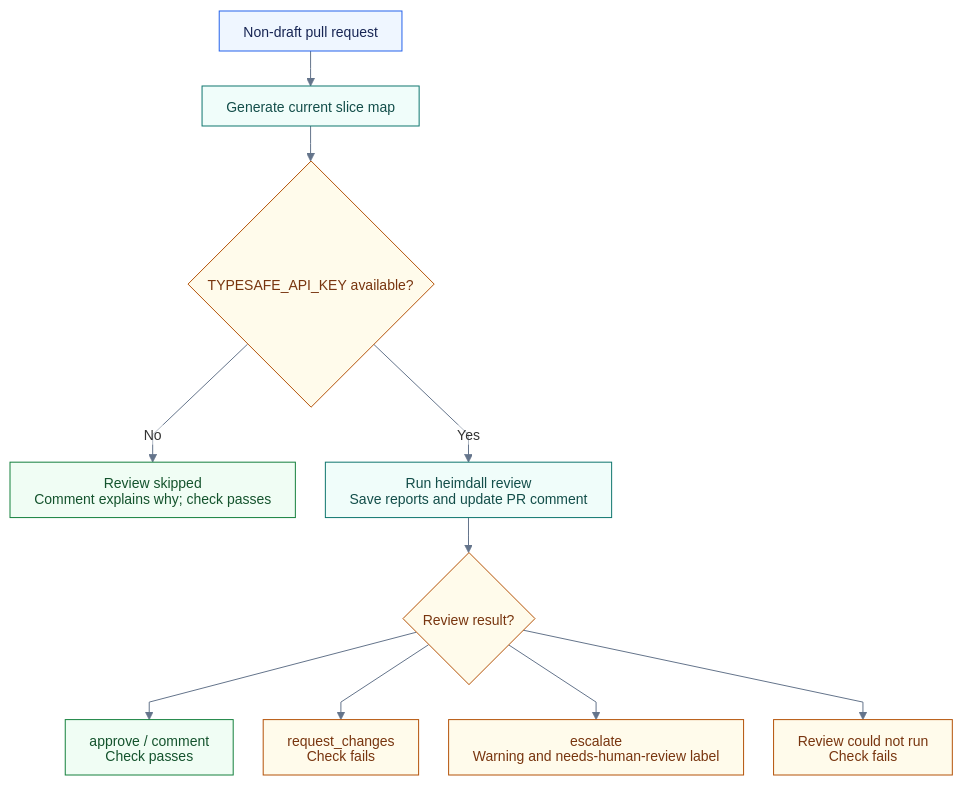
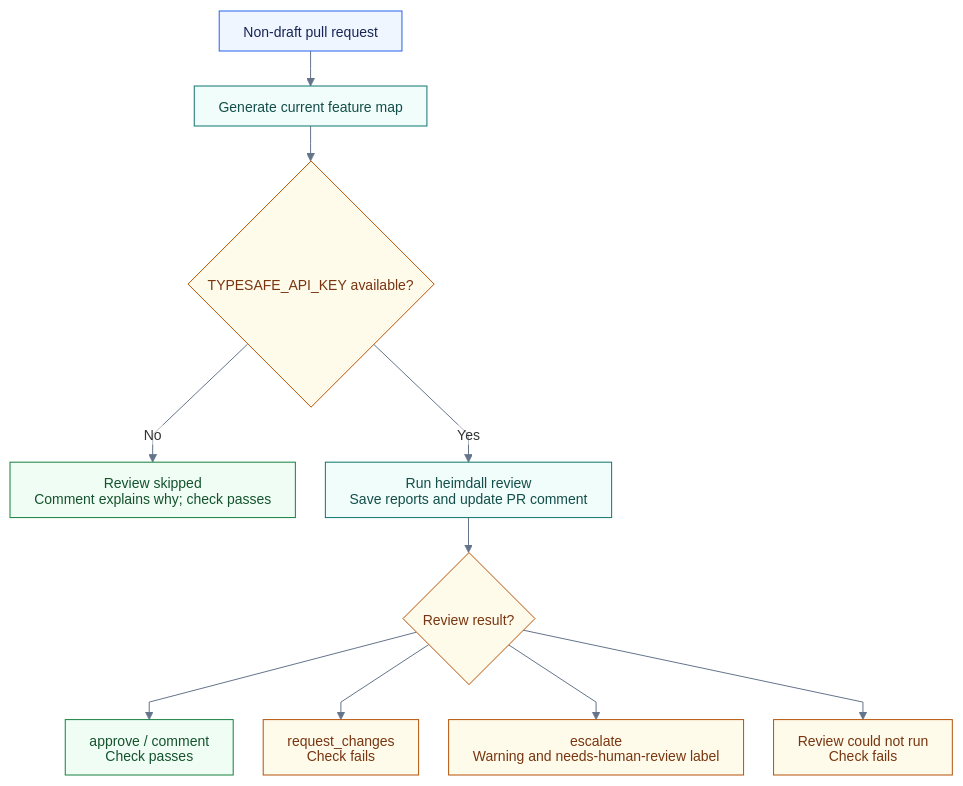
The diagram in docs/diagrams/ci-review.mmd (mrrasmussendk/pfa-api), drawn with Mermaid before and after one commit. The commit also changed 119 other files, not shown here.

```diff
--- a/docs/diagrams/ci-review.mmd
+++ b/docs/diagrams/ci-review.mmd
@@ -1,24 +1,24 @@
 %%{init: {"theme": "base", "themeVariables": {"fontFamily": "Arial, sans-serif", "fontSize": "14px", "lineColor": "#64748b", "edgeLabelBackground": "#ffffff", "clusterBkg": "#f8fafc", "clusterBorder": "#cbd5e1"}, "htmlLabels": false, "flowchart": {"htmlLabels": false, "curve": "linear", "nodeSpacing": 30, "rankSpacing": 35, "padding": 12, "wrappingWidth": 260}}}%%
 flowchart TB
     accTitle: PR review workflow outcomes
     pr["Non-draft pull request"]:::input
-    map["Generate current slice map"]:::process
+    map["Generate current feature map"]:::process
     key{"TYPESAFE_API_KEY available?"}:::decision
     skipped["Review skipped<br/>Comment explains why; check passes"]:::output
     run["Run heimdall review<br/>Save reports and update PR comment"]:::process
     outcome{"Review result?"}:::decision
     pass["approve / comment<br/>Check passes"]:::output
     fail["request_changes<br/>Check fails"]:::decision
     human["escalate<br/>Warning and needs-human-review label"]:::decision
     error["Review could not run<br/>Check fails"]:::decision
     pr --> map --> key
     key -->|No| skipped
     key -->|Yes| run --> outcome
     outcome --> pass
     outcome --> fail
     outcome --> human
     outcome --> error
     classDef input fill:#eff6ff,stroke:#2563eb,color:#172554
     classDef process fill:#f0fdfa,stroke:#0f766e,color:#134e4a
     classDef decision fill:#fffbeb,stroke:#b45309,color:#78350f
     classDef output fill:#f0fdf4,stroke:#15803d,color:#14532d
```
